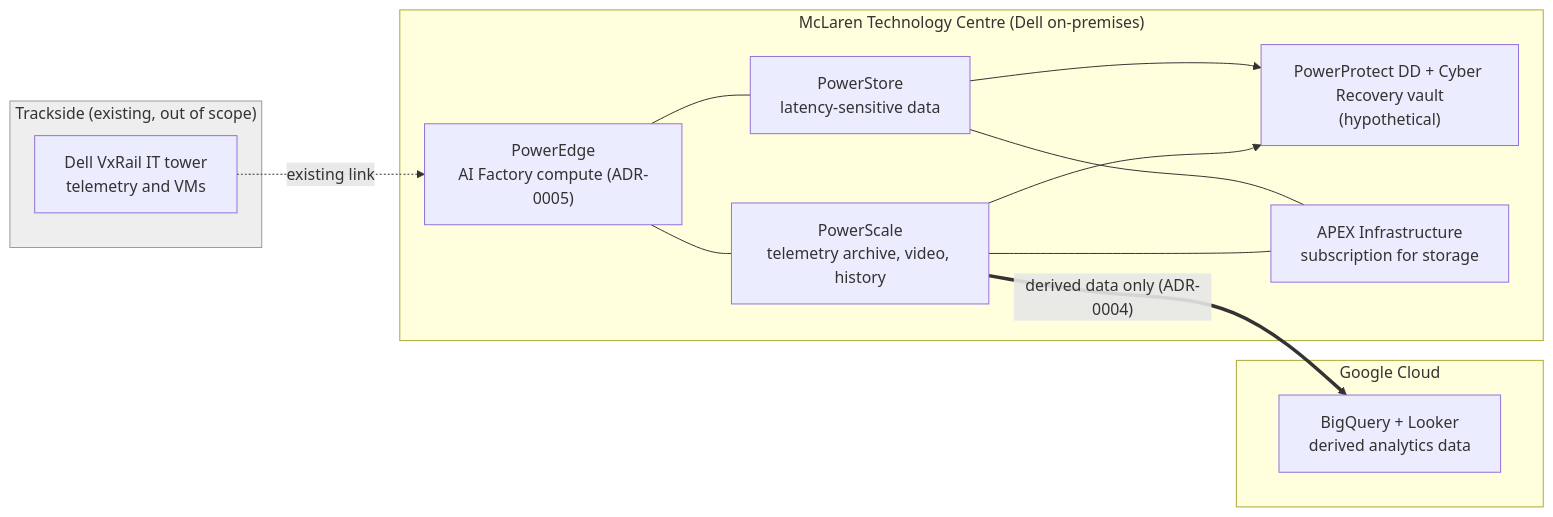
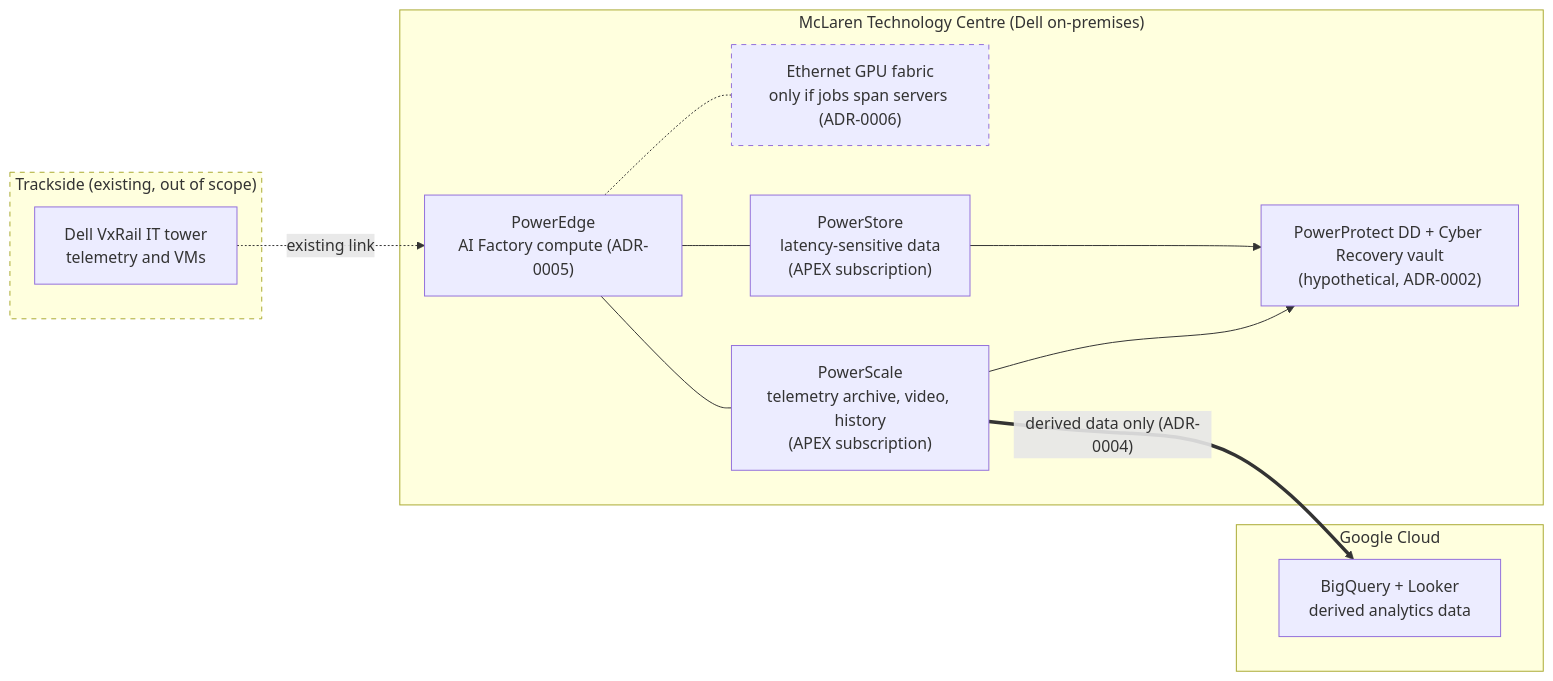
Before and after one commit to reginaldooo/dell-data-platform-presales-case-study: the diagram in README.md, drawn with Mermaid. The commit also changed other lines of this file and 4 other files, not shown here.

First line of the commit message:
docs: add SPIN discovery questions, ADR-0006 network fabric, clearer diagram

````diff
--- a/README.md
+++ b/README.md
@@ -36,25 +36,25 @@
 ```mermaid
 flowchart LR
   subgraph TRACK["Trackside (existing, out of scope)"]
     VX["Dell VxRail IT tower<br/>telemetry and VMs"]
   end
   subgraph MTC["McLaren Technology Centre (Dell on-premises)"]
     PE["PowerEdge<br/>AI Factory compute (ADR-0005)"]
-    PS["PowerStore<br/>latency-sensitive data"]
-    PSC["PowerScale<br/>telemetry archive, video, history"]
-    PP["PowerProtect DD + Cyber Recovery vault<br/>(hypothetical)"]
-    APEX["APEX Infrastructure<br/>subscription for storage"]
+    FAB["Ethernet GPU fabric<br/>only if jobs span servers (ADR-0006)"]
+    PS["PowerStore<br/>latency-sensitive data<br/>(APEX subscription)"]
+    PSC["PowerScale<br/>telemetry archive, video, history<br/>(APEX subscription)"]
+    PP["PowerProtect DD + Cyber Recovery vault<br/>(hypothetical, ADR-0002)"]
   end
   subgraph GCP["Google Cloud"]
     BQ["BigQuery + Looker<br/>derived analytics data"]
   end
   VX -. "existing link" .-> PE
+  PE -.- FAB
   PE --- PS
   PE --- PSC
   PS --> PP
   PSC --> PP
-  PS --- APEX
-  PSC --- APEX
   PSC == "derived data only (ADR-0004)" ==> BQ
-  style TRACK fill:#eeeeee,stroke:#999999
+  style TRACK stroke-dasharray: 5 5
+  style FAB stroke-dasharray: 5 5
 ```
````
